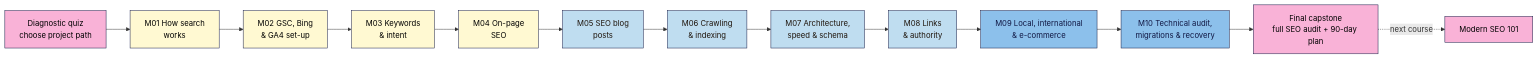
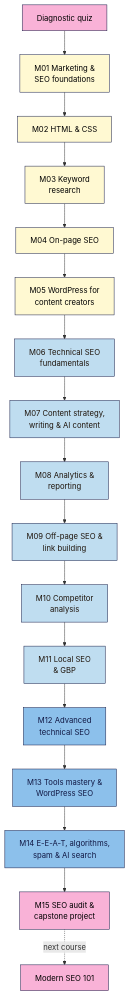
One commit to neps-in/courses-101 changed the diagram in seo-101/course-outline.md. Above: the diagram before and after it, drawn with Mermaid. The commit also changed other lines of this file and 5 other files, not shown here.

Commit message:
seo-101: outline v0.3 to match neps.in course 2566, re-plan M01

````diff
--- a/seo-101/course-outline.md
+++ b/seo-101/course-outline.md
@@ -143,21 +146,16 @@
 ```mermaid
-flowchart LR
-  %% alt: Learning path: diagnostic quiz, M01 how search works through M10 audits, then the final full SEO audit capstone and Modern SEO 101.
-  D[Diagnostic quiz<br/>choose project path]:::pink --> M1[M01 How search<br/>works]:::cream
-  M1 --> M2[M02 GSC, Bing<br/>& GA4 set-up]:::cream
-  M2 --> M3[M03 Keywords<br/>& intent]:::cream
-  M3 --> M4[M04 On-page<br/>SEO]:::cream
-  M4 --> M5[M05 SEO blog<br/>posts]:::sky
-  M5 --> M6[M06 Crawling<br/>& indexing]:::sky
-  M6 --> M7[M07 Architecture,<br/>speed & schema]:::sky
-  M7 --> M8[M08 Links<br/>& authority]:::sky
-  M8 --> M9[M09 Local, international<br/>& e-commerce]:::blue
-  M9 --> M10[M10 Technical audit,<br/>migrations & recovery]:::blue
-  M10 --> C[Final capstone<br/>full SEO audit + 90-day plan]:::pink
-  C -. next course .-> N[Modern SEO 101]:::pink
+flowchart TD
+  %% alt: Learning path through 15 modules in three levels, from marketing and SEO foundations to the SEO audit and capstone, then Modern SEO 101.
+  D[Diagnostic quiz]:::pink --> M1[M01 Marketing &<br/>SEO foundations]:::cream
+  M1 --> M2[M02 HTML & CSS]:::cream --> M3[M03 Keyword<br/>research]:::cream --> M4[M04 On-page SEO]:::cream --> M5[M05 WordPress for<br/>content creators]:::cream
+  M5 --> M6[M06 Technical SEO<br/>fundamentals]:::sky --> M7[M07 Content strategy,<br/>writing & AI content]:::sky --> M8[M08 Analytics &<br/>reporting]:::sky
+  M8 --> M9[M09 Off-page SEO &<br/>link building]:::sky --> M10[M10 Competitor<br/>analysis]:::sky --> M11[M11 Local SEO<br/>& GBP]:::sky
+  M11 --> M12[M12 Advanced<br/>technical SEO]:::blue --> M13[M13 Tools mastery &<br/>WordPress SEO]:::blue --> M14[M14 E-E-A-T, algorithms,<br/>spam & AI search]:::blue
+  M14 --> M15[M15 SEO audit &<br/>capstone project]:::pink
+  M15 -. next course .-> N[Modern SEO 101]:::pink
 
   classDef cream fill:#FFF9D2,color:#000000,stroke:#111844
   classDef sky   fill:#BFDDF0,color:#1F150C,stroke:#111844
   classDef blue  fill:#8CC0EB,color:#111844,stroke:#111844
   classDef pink  fill:#F9B2D7,color:#000000,stroke:#111844
 ```
````
